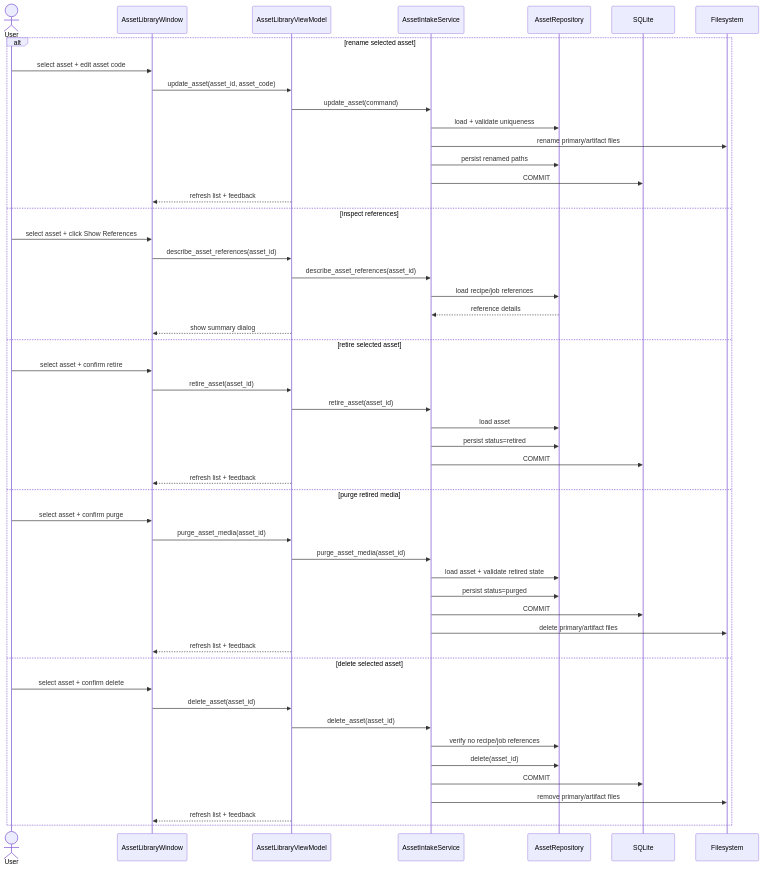
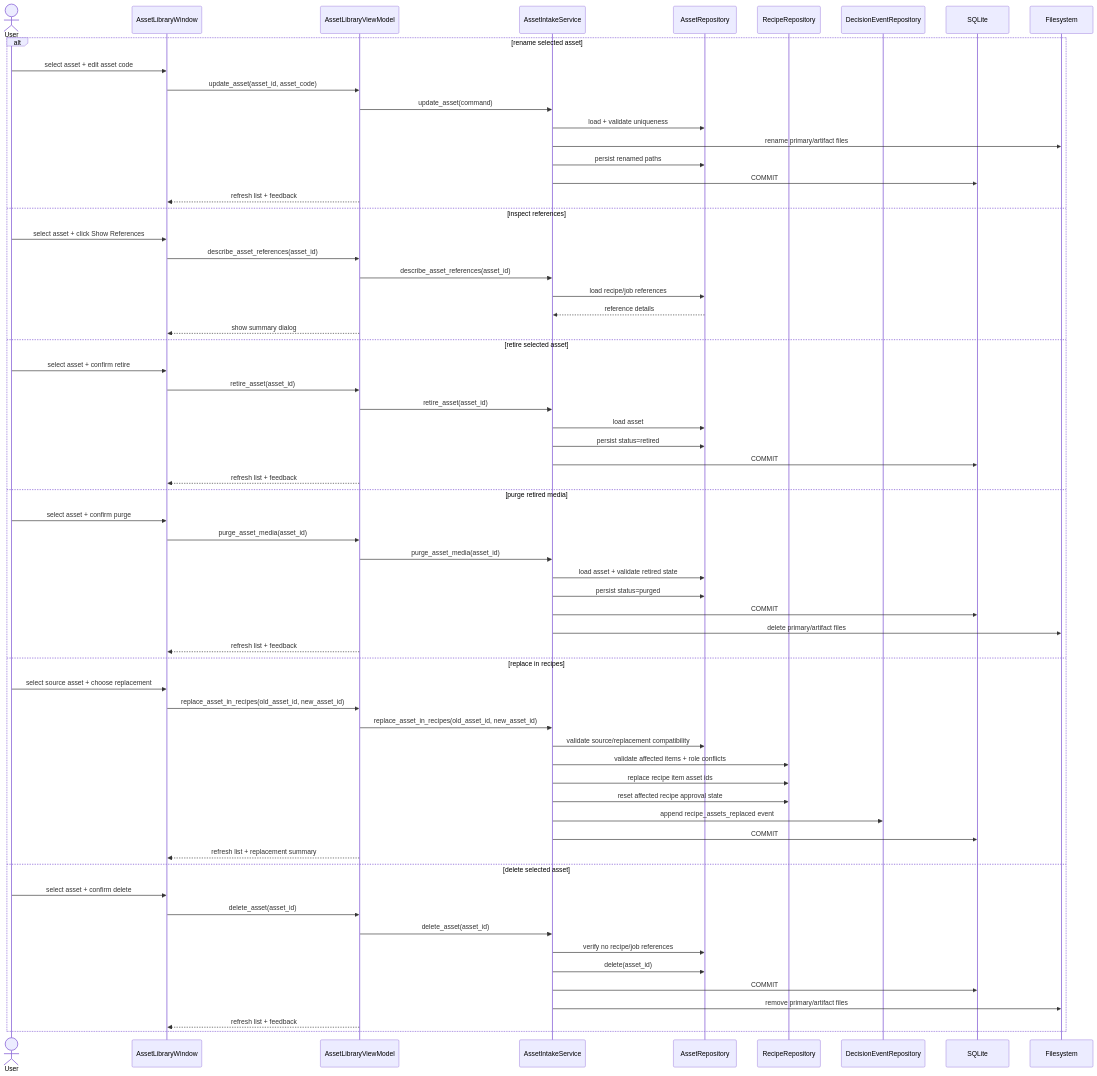
The fourth of 17 diagrams in doc/10_UML_System_Overview.md (idev006/MTClipFactory), drawn with Mermaid before and after one commit. The commit also changed other lines of this file and 16 other files, not shown here.

Commit message:
Add recipe-safe asset replacement workflow

````diff
--- a/doc/10_UML_System_Overview.md
+++ b/doc/10_UML_System_Overview.md
@@ -402,54 +408,67 @@
 ```mermaid
 sequenceDiagram
     actor User
     participant View as AssetLibraryWindow
     participant VM as AssetLibraryViewModel
     participant Intake as AssetIntakeService
     participant AssetRepo as AssetRepository
+    participant RecipeRepo as RecipeRepository
+    participant DecisionRepo as DecisionEventRepository
     participant DB as SQLite
     participant FS as Filesystem
 
     alt rename selected asset
         User->>View: select asset + edit asset code
         View->>VM: update_asset(asset_id, asset_code)
         VM->>Intake: update_asset(command)
         Intake->>AssetRepo: load + validate uniqueness
         Intake->>FS: rename primary/artifact files
         Intake->>AssetRepo: persist renamed paths
         Intake->>DB: COMMIT
         VM-->>View: refresh list + feedback
     else inspect references
         User->>View: select asset + click Show References
         View->>VM: describe_asset_references(asset_id)
         VM->>Intake: describe_asset_references(asset_id)
         Intake->>AssetRepo: load recipe/job references
         AssetRepo-->>Intake: reference details
         VM-->>View: show summary dialog
     else retire selected asset
         User->>View: select asset + confirm retire
         View->>VM: retire_asset(asset_id)
         VM->>Intake: retire_asset(asset_id)
         Intake->>AssetRepo: load asset
         Intake->>AssetRepo: persist status=retired
         Intake->>DB: COMMIT
         VM-->>View: refresh list + feedback
     else purge retired media
         User->>View: select asset + confirm purge
         View->>VM: purge_asset_media(asset_id)
         VM->>Intake: purge_asset_media(asset_id)
         Intake->>AssetRepo: load asset + validate retired state
         Intake->>AssetRepo: persist status=purged
         Intake->>DB: COMMIT
         Intake->>FS: delete primary/artifact files
         VM-->>View: refresh list + feedback
+    else replace in recipes
+        User->>View: select source asset + choose replacement
+        View->>VM: replace_asset_in_recipes(old_asset_id, new_asset_id)
+        VM->>Intake: replace_asset_in_recipes(old_asset_id, new_asset_id)
+        Intake->>AssetRepo: validate source/replacement compatibility
+        Intake->>RecipeRepo: validate affected items + role conflicts
+        Intake->>RecipeRepo: replace recipe item asset ids
+        Intake->>RecipeRepo: reset affected recipe approval state
+        Intake->>DecisionRepo: append recipe_assets_replaced event
+        Intake->>DB: COMMIT
+        VM-->>View: refresh list + replacement summary
     else delete selected asset
         User->>View: select asset + confirm delete
         View->>VM: delete_asset(asset_id)
         VM->>Intake: delete_asset(asset_id)
         Intake->>AssetRepo: verify no recipe/job references
         Intake->>AssetRepo: delete(asset_id)
         Intake->>DB: COMMIT
         Intake->>FS: remove primary/artifact files
         VM-->>View: refresh list + feedback
     end
 ```
````
